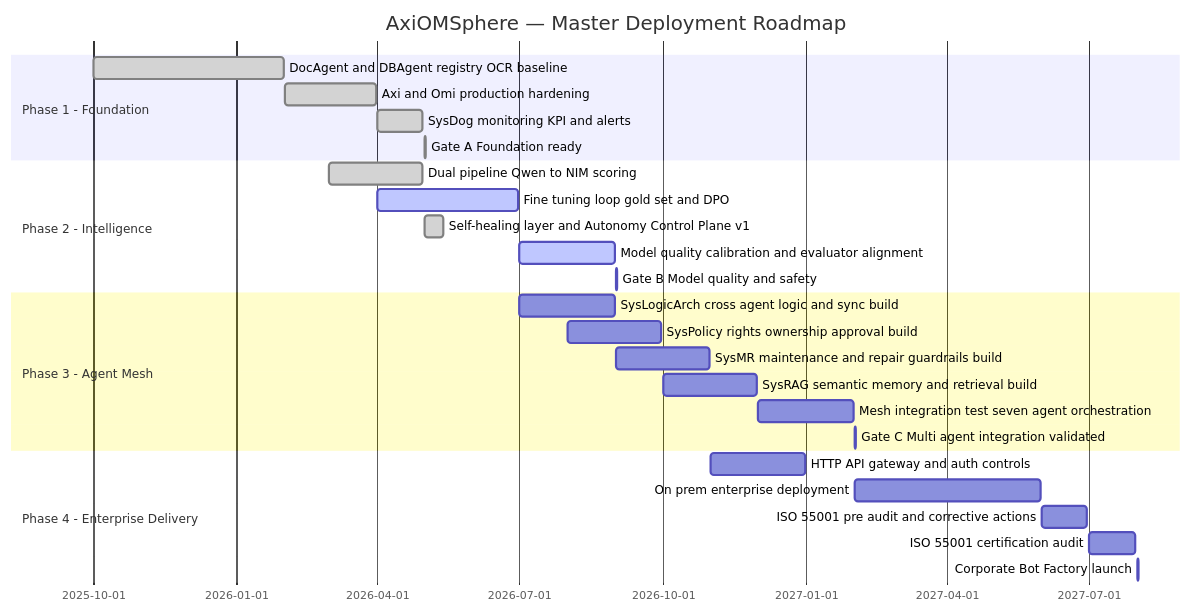
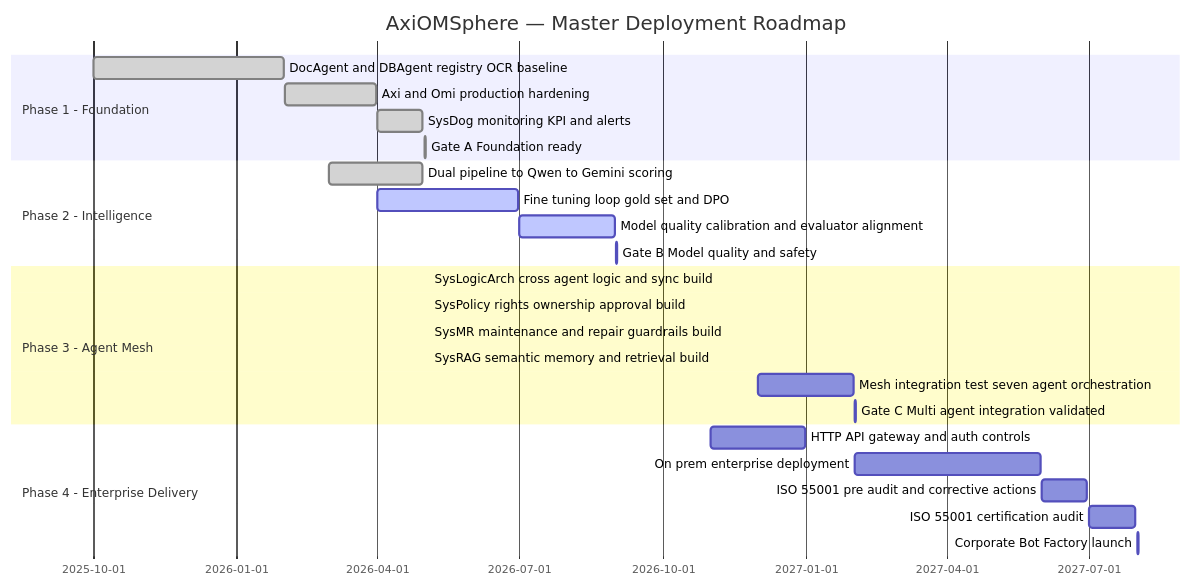
The fifth of 12 diagrams in README.md (AxiOMSphereAssistanceAIMS/AxiOMSphere), drawn with Mermaid before and after one commit. The commit also changed other lines of this file, not shown here.

````diff
--- a/README.md
+++ b/README.md
@@ -417,33 +478,32 @@
 ```mermaid
 gantt
     title AxiOMSphere — Master Deployment Roadmap
     dateFormat  YYYY-MM-DD
 
     section Phase 1 - Foundation
     DocAgent and DBAgent registry OCR baseline                :done, p1a, 2025-10-01, 2026-01-31
     Axi and Omi production hardening                          :done, p1b, 2026-02-01, 2026-03-31
     SysDog monitoring KPI and alerts                          :done, p1c, 2026-04-01, 2026-04-30
     Gate A Foundation ready                                   :done, gA, 2026-05-01, 2026-05-02
 
     section Phase 2 - Intelligence
-    Dual pipeline Qwen to NIM scoring                         :done, p2a, 2026-03-01, 2026-04-30
+    Dual pipeline to Qwen to Gemini scoring                   :done, p2a, 2026-03-01, 2026-04-30
     Fine tuning loop gold set and DPO                         :active, p2b, 2026-04-01, 2026-06-30
-    Self-healing layer and Autonomy Control Plane v1          :done, p2sh, 2026-05-01, 2026-05-13
     Model quality calibration and evaluator alignment         :active, p2c, 2026-07-01, 2026-08-31
     Gate B Model quality and safety                           :active, gB, 2026-09-01, 2026-09-02
 
     section Phase 3 - Agent Mesh
-    SysLogicArch cross agent logic and sync build             :p3a, 2026-07-01, 2026-08-31
-    SysPolicy rights ownership approval build                 :p3b, 2026-08-01, 2026-09-30
-    SysMR maintenance and repair guardrails build             :p3c, 2026-09-01, 2026-10-31
-    SysRAG semantic memory and retrieval build                :p3d, 2026-10-01, 2026-11-30
+    SysLogicArch cross agent logic and sync build             :done, p3a, 2026-05-04, 2026-05-04
+    SysPolicy rights ownership approval build                 :done, p3b, 2026-05-04, 2026-05-04
+    SysMR maintenance and repair guardrails build             :done, p3c, 2026-05-04, 2026-05-04
+    SysRAG semantic memory and retrieval build                :done, p3d, 2026-05-04, 2026-05-04
     Mesh integration test seven agent orchestration           :p3e, 2026-12-01, 2027-01-31
     Gate C Multi agent integration validated                  :gC, 2027-02-01, 2027-02-02
 
     section Phase 4 - Enterprise Delivery
     HTTP API gateway and auth controls                        :p4a, 2026-11-01, 2026-12-31
     On prem enterprise deployment                             :p4b, 2027-02-01, 2027-05-31
     ISO 55001 pre audit and corrective actions                :p4c, 2027-06-01, 2027-06-30
     ISO 55001 certification audit                             :p4d, 2027-07-01, 2027-07-31
     Corporate Bot Factory launch                              :gD, 2027-08-01, 2027-08-02
 ```
````
